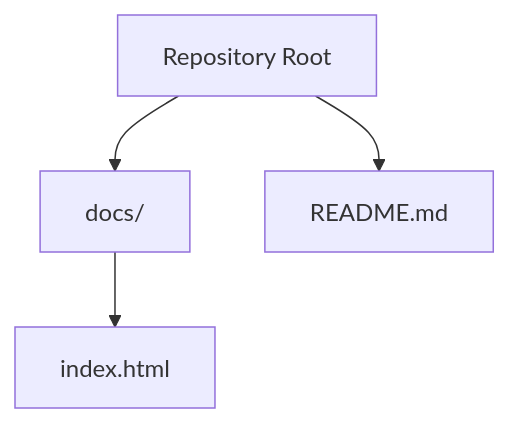
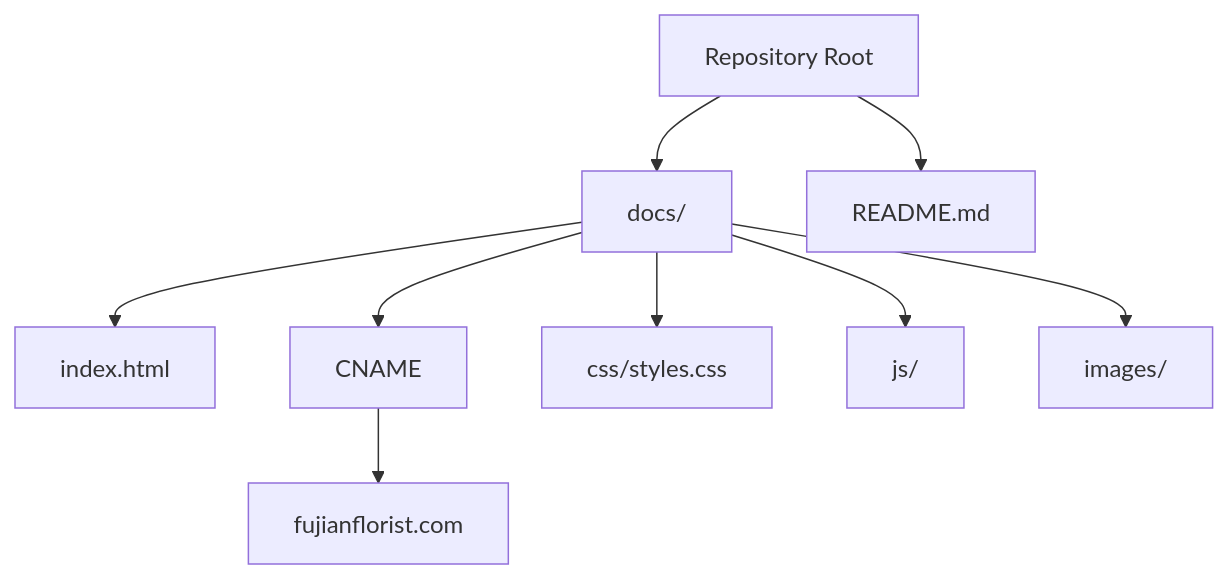
The first of 3 diagrams in .qoder/repowiki/en/content/Deployment and Maintenance.md (queenflowerhk/queenflowerhk.github.io), drawn with Mermaid before and after one commit. The commit also changed other lines of this file and 62 other files, not shown here.

````diff
--- a/.qoder/repowiki/en/content/Deployment and Maintenance.md
+++ b/.qoder/repowiki/en/content/Deployment and Maintenance.md
@@ -40,6 +50,11 @@
 ```mermaid
 graph TB
 A["Repository Root"] --> B["docs/"]
 B --> C["index.html"]
-A --> D["README.md"]
+B --> D["CNAME"]
+B --> E["css/styles.css"]
+B --> F["js/"]
+B --> G["images/"]
+A --> H["README.md"]
+D --> I["fujianflorist.com"]
 ```
````
